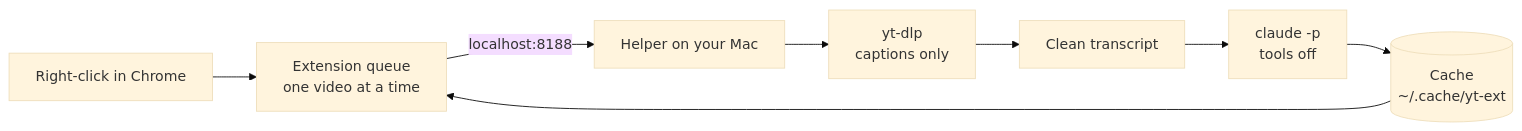
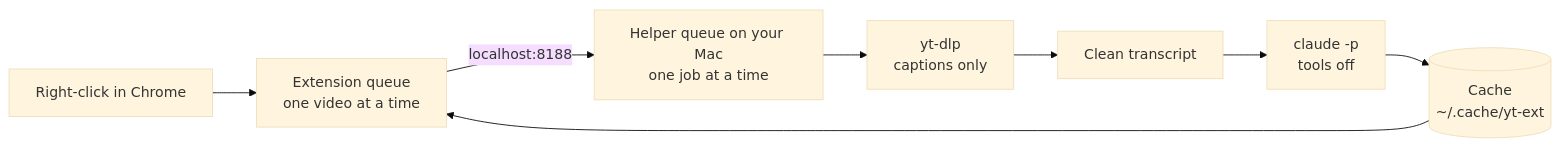
One commit to twhughes/yt-summarize changed the diagram in README.md. Above: the diagram before and after it, drawn with Mermaid (base theme). The commit also changed other lines of this file and 14 other files, not shown here.

````diff
--- a/README.md
+++ b/README.md
@@ -27,10 +32,10 @@
 ```mermaid
 flowchart LR
     A[Right-click in Chrome] --> B[Extension queue<br/>one video at a time]
-    B -->|localhost:8188| C[Helper on your Mac]
+    B -->|localhost:8188| C[Helper queue on your Mac<br/>one job at a time]
     C --> D[yt-dlp<br/>captions only]
     D --> E[Clean transcript]
     E --> F[claude -p<br/>tools off]
     F --> G[(Cache<br/>~/.cache/yt-ext)]
     G --> B
 ```
````
